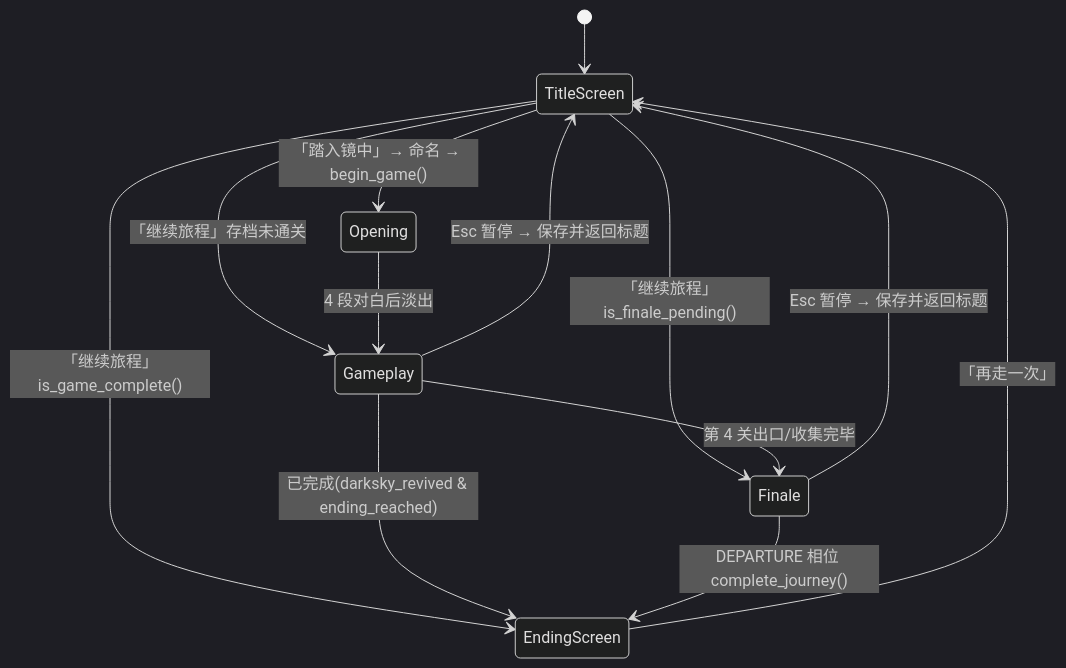
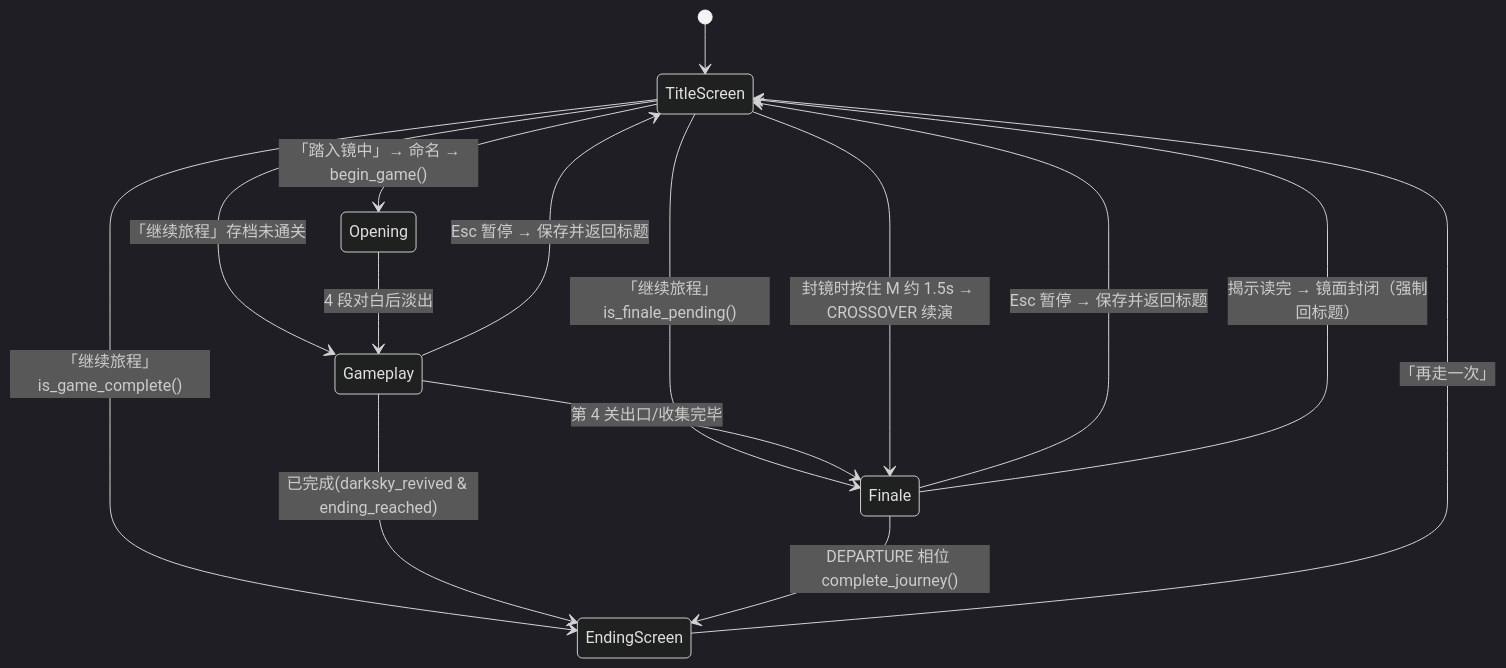
Before and after one commit to rudong1/perfect-game: the second of 2 diagrams in docs/framework.md, drawn with Mermaid (dark theme). The commit also changed other lines of this file and 4 other files, not shown here.

````diff
--- a/docs/framework.md
+++ b/docs/framework.md
@@ -129,15 +129,17 @@
 ```mermaid
 stateDiagram-v2
     [*] --> TitleScreen
     TitleScreen --> Opening: 「踏入镜中」→ 命名 → begin_game()
     TitleScreen --> Finale: 「继续旅程」is_finale_pending()
     TitleScreen --> EndingScreen: 「继续旅程」is_game_complete()
     TitleScreen --> Gameplay: 「继续旅程」存档未通关
     Opening --> Gameplay: 4 段对白后淡出
     Gameplay --> Finale: 第 4 关出口/收集完毕
     Gameplay --> EndingScreen: 已完成(darksky_revived & ending_reached)
     Gameplay --> TitleScreen: Esc 暂停 → 保存并返回标题
     Finale --> TitleScreen: Esc 暂停 → 保存并返回标题
+    Finale --> TitleScreen: 揭示读完 → 镜面封闭（强制回标题）
+    TitleScreen --> Finale: 封镜时按住 M 约 1.5s → CROSSOVER 续演
     Finale --> EndingScreen: DEPARTURE 相位 complete_journey()
     EndingScreen --> TitleScreen: 「再走一次」
 ```
````
